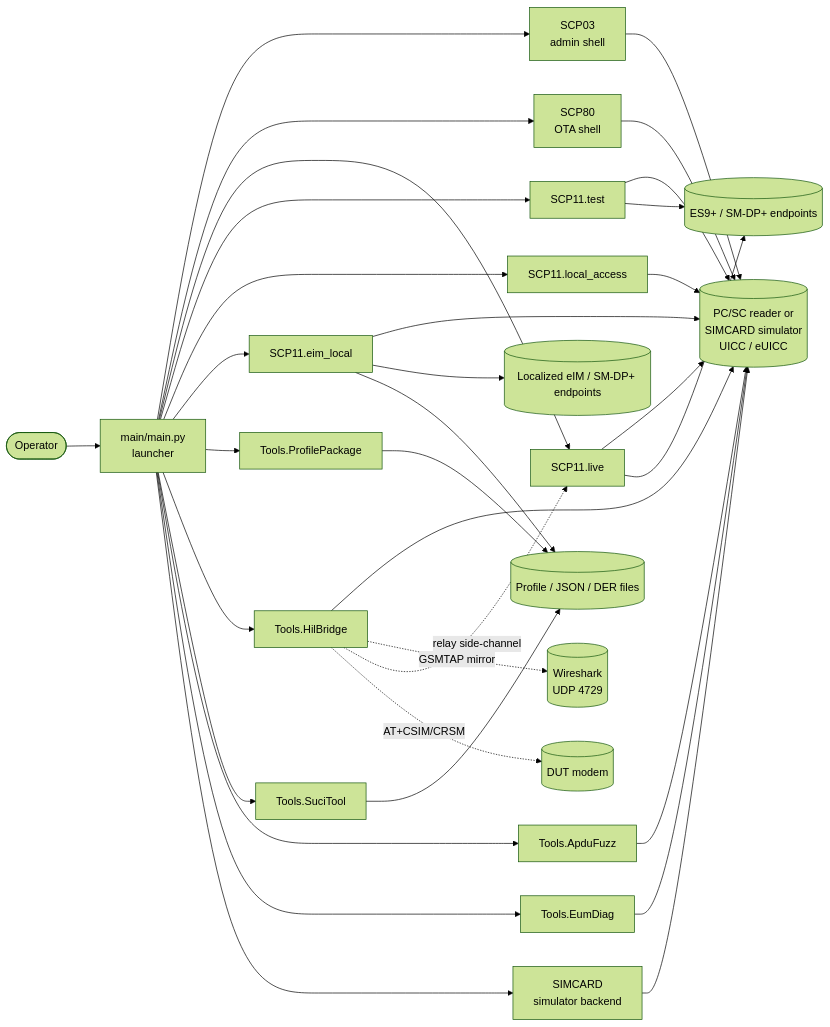
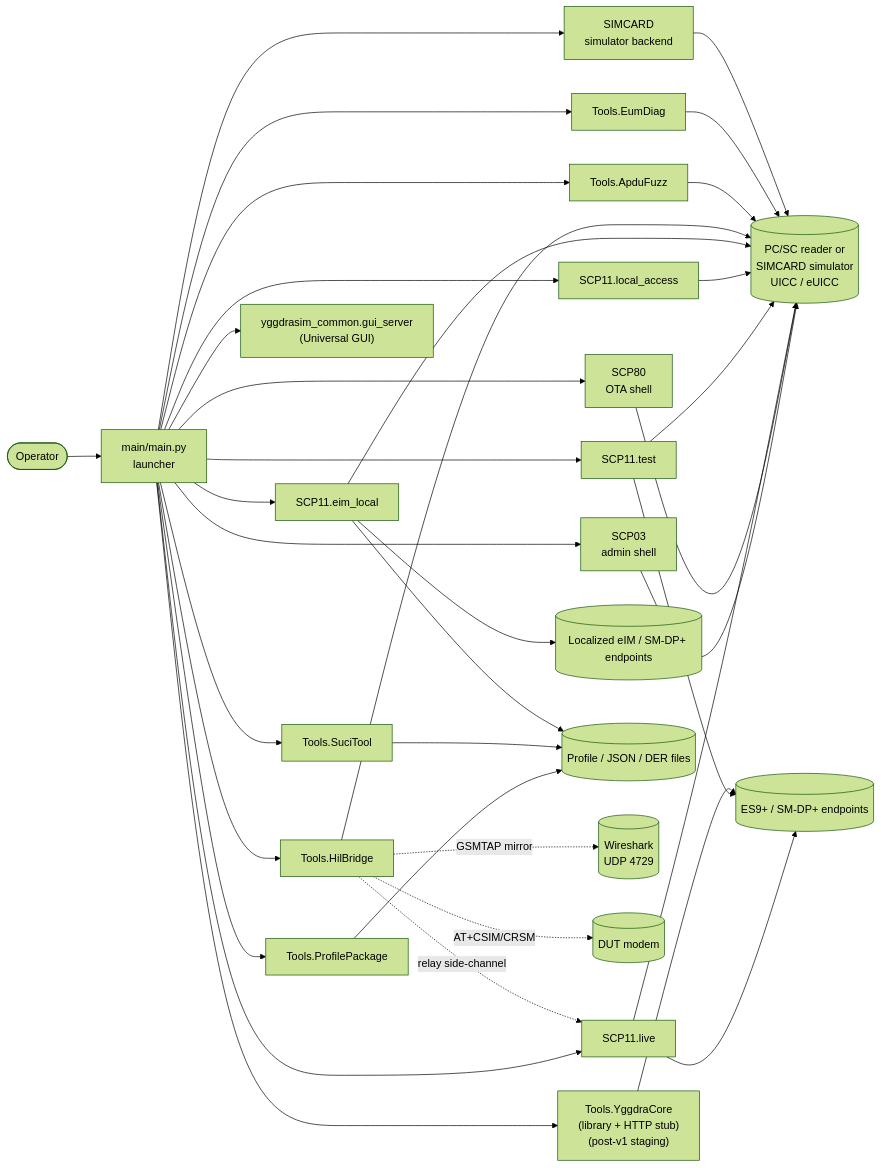
The first of 14 diagrams in site-docs/architecture.md (1oT/YggdraSIM), drawn with Mermaid (forest theme) before and after one commit. The commit also changed other lines of this file and 1187 other files, not shown here.

````diff
--- a/site-docs/architecture.md
+++ b/site-docs/architecture.md
@@ -37,40 +42,43 @@
 ```mermaid
 flowchart LR
     Operator(["Operator"]) --> Launcher["main/main.py<br/>launcher"]
 
     Launcher --> SCP03["SCP03<br/>admin shell"]
     Launcher --> SCP80["SCP80<br/>OTA shell"]
     Launcher --> Live["SCP11.live"]
     Launcher --> Test["SCP11.test"]
     Launcher --> Local["SCP11.local_access"]
     Launcher --> EimLocal["SCP11.eim_local"]
     Launcher --> ProfileTool["Tools.ProfilePackage"]
     Launcher --> HilBridge["Tools.HilBridge"]
     Launcher --> Suci["Tools.SuciTool"]
     Launcher --> ApduFuzz["Tools.ApduFuzz"]
     Launcher --> EumDiag["Tools.EumDiag"]
+    Launcher --> YggdraCore["Tools.YggdraCore<br/>(library + HTTP stub)<br/>(post-v1 staging)"]
     Launcher --> Simulator["SIMCARD<br/>simulator backend"]
+    Launcher --> GuiServer["yggdrasim_common.gui_server<br/>(Universal GUI)"]
 
     SCP03 --> Card[("PC/SC reader or<br/>SIMCARD simulator<br/>UICC / eUICC")]
     SCP80 --> Card
     Live --> Card
     Test --> Card
     Local --> Card
     EimLocal --> Card
     HilBridge --> Card
     ApduFuzz --> Card
     EumDiag --> Card
     Simulator --> Card
 
     Live --> Network[("ES9+ / SM-DP+ endpoints")]
     Test --> Network
     EimLocal --> LocalServices[("Localized eIM / SM-DP+ endpoints")]
+    YggdraCore --> Network
 
     ProfileTool --> Files[("Profile / JSON / DER files")]
     Suci --> Files
     EimLocal --> Files
 
     HilBridge -. GSMTAP mirror .-> Wireshark[("Wireshark<br/>UDP 4729")]
     HilBridge -. relay side-channel .-> Live
     HilBridge -. AT+CSIM/CRSM .-> Modem[("DUT modem")]
 ```
````
